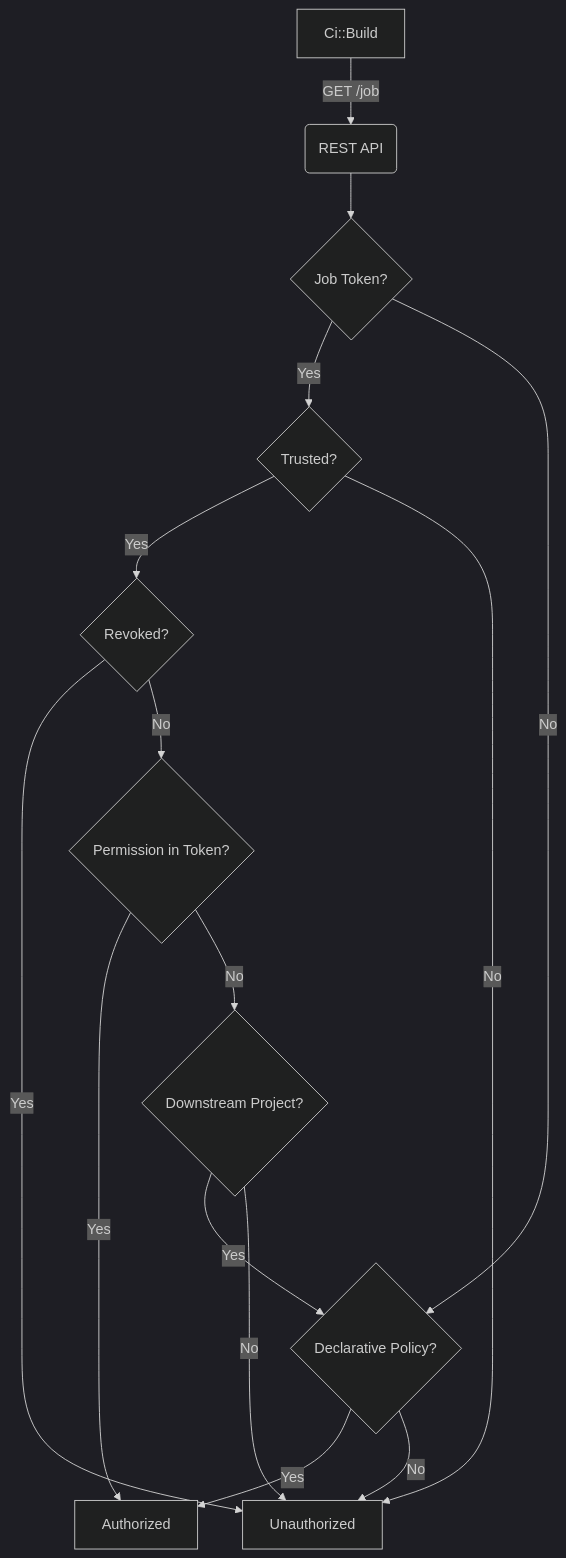
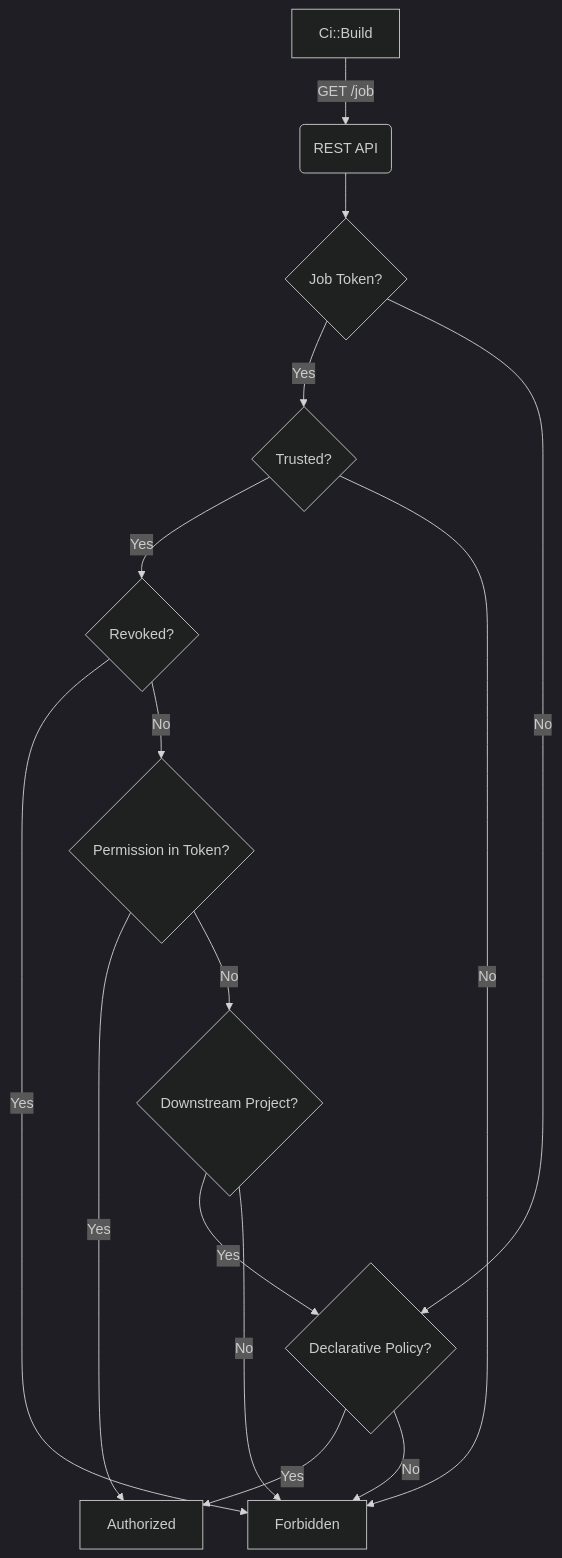
The diagram in content/handbook/engineering/architecture/design-documents/ci_job_token/_index.md (moliver28/research-handbook), drawn with Mermaid (dark theme) before and after one commit.

Commit message:
Rename Unauthorized to Forbidden

````diff
--- a/content/handbook/engineering/architecture/design-documents/ci_job_token/_index.md
+++ b/content/handbook/engineering/architecture/design-documents/ci_job_token/_index.md
@@ -139,17 +139,17 @@
 ```mermaid
 flowchart TD
     A[Ci::Build] -->|GET /job | B(REST API)
     B --> C{Job Token?}
     C -->|Yes| I{Trusted?}
     C -->|No| E{Declarative Policy?}
     D -->|Yes| F[Authorized]
     D -->|No| G{Downstream Project?}
     G -->|Yes| E
-    G -->|No| H[Unauthorized]
+    G -->|No| H[Forbidden]
     E -->|Yes| F
     E -->|No| H
     I -->|Yes| J{Revoked?}
     I -->|No| H
     J -->|Yes| H
     J -->|No| D{Permission in Token?}
 ```
````
